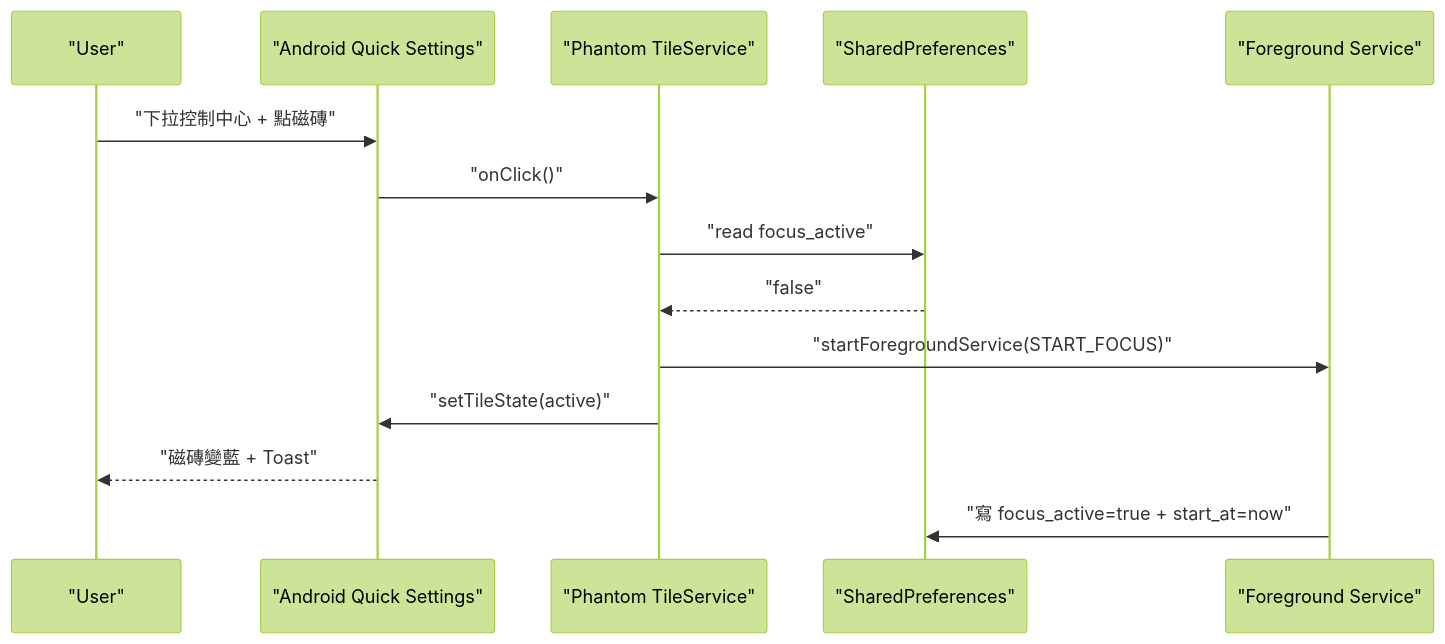
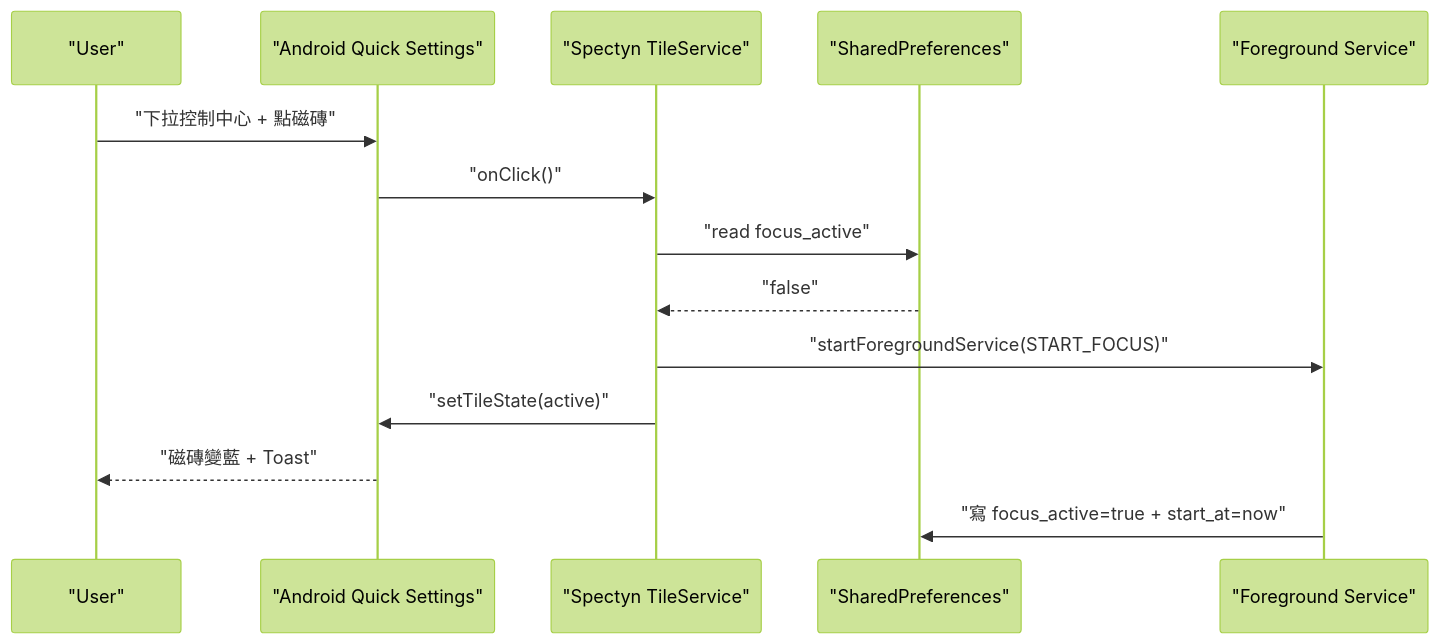
The third of 4 diagrams in docs/spec/history/2026-05-30/deferred/SPEC-74-EXP-extensions-share-widget.md (markl-a/phantom-mesh), drawn with Mermaid (forest theme) before and after one commit. The commit also changed other lines of this file and 1245 other files, not shown here.

First line of the commit message:
rename: phantom -> spectyn across the public tree

````diff
--- a/docs/spec/history/2026-05-30/deferred/SPEC-74-EXP-extensions-share-widget.md
+++ b/docs/spec/history/2026-05-30/deferred/SPEC-74-EXP-extensions-share-widget.md
@@ -249,17 +249,17 @@
 ```mermaid
 sequenceDiagram
     participant User as "User"
     participant QS as "Android Quick Settings"
-    participant Tile as "Phantom TileService"
+    participant Tile as "Spectyn TileService"
     participant Prefs as "SharedPreferences"
     participant FG as "Foreground Service"
 
     User->>QS: "下拉控制中心 + 點磁磚"
     QS->>Tile: "onClick()"
     Tile->>Prefs: "read focus_active"
     Prefs-->>Tile: "false"
     Tile->>FG: "startForegroundService(START_FOCUS)"
     Tile->>QS: "setTileState(active)"
     QS-->>User: "磁磚變藍 + Toast"
     FG->>Prefs: "寫 focus_active=true + start_at=now"
 ```
````
